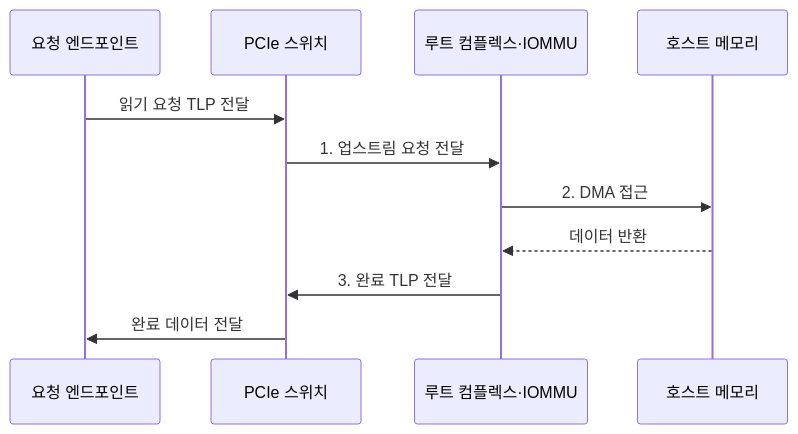
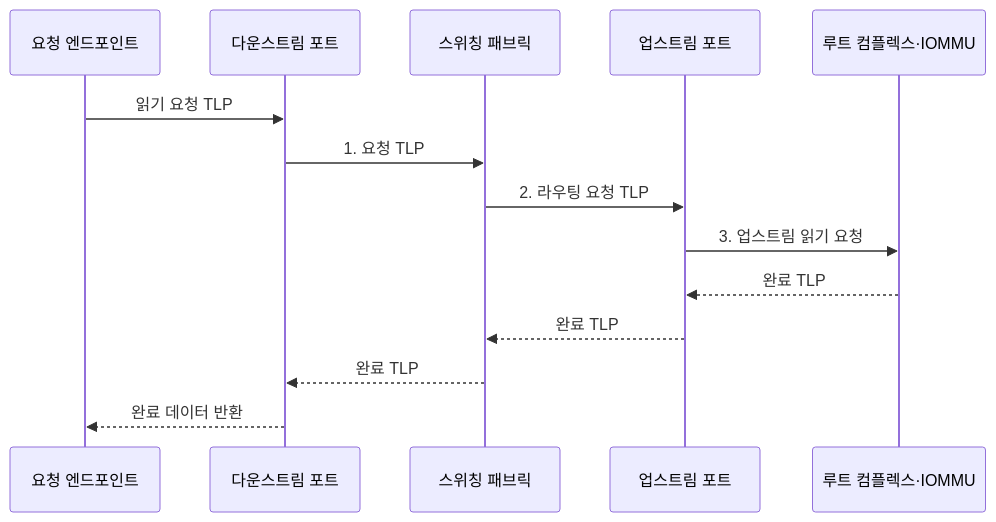
One commit to agnusdei1207/knowledge-base changed the second of 2 diagrams in src/content/docs/notes/02-hardware/079_pcie_switching.md. Above: the diagram before and after it, drawn with Mermaid. The commit also changed other lines of this file and 20 other files, not shown here.

````diff
--- a/src/content/docs/notes/02-hardware/079_pcie_switching.md
+++ b/src/content/docs/notes/02-hardware/079_pcie_switching.md
@@ -93,14 +102,17 @@
 ```mermaid
 sequenceDiagram
     participant E as 요청 엔드포인트
-    participant S as PCIe 스위치
+    participant D as 다운스트림 포트
+    participant F as 스위칭 패브릭
+    participant U as 업스트림 포트
     participant R as 루트 컴플렉스·IOMMU
-    participant M as 호스트 메모리
 
-    E->>S: 읽기 요청 TLP 전달
-    S->>R: 1. 업스트림 요청 전달
-    R->>M: 2. DMA 접근
-    M-->>R: 데이터 반환
-    R->>S: 3. 완료 TLP 전달
-    S->>E: 완료 데이터 전달
+    E->>D: 읽기 요청 TLP
+    D->>F: 1. 요청 TLP
+    F->>U: 2. 라우팅 요청 TLP
+    U->>R: 3. 업스트림 읽기 요청
+    R-->>U: 완료 TLP
+    U-->>F: 완료 TLP
+    F-->>D: 완료 TLP
+    D-->>E: 완료 데이터 반환
 ```
````
